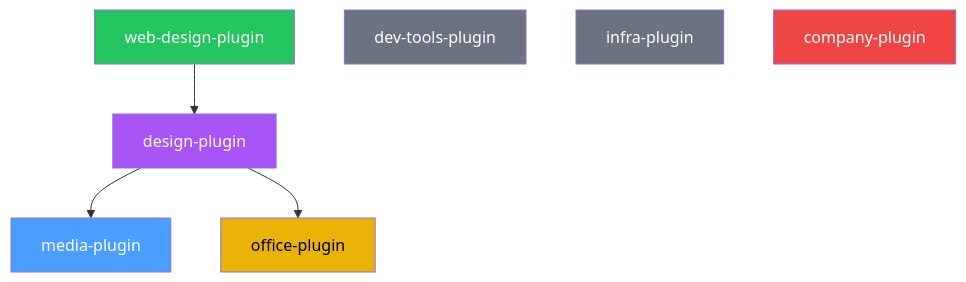
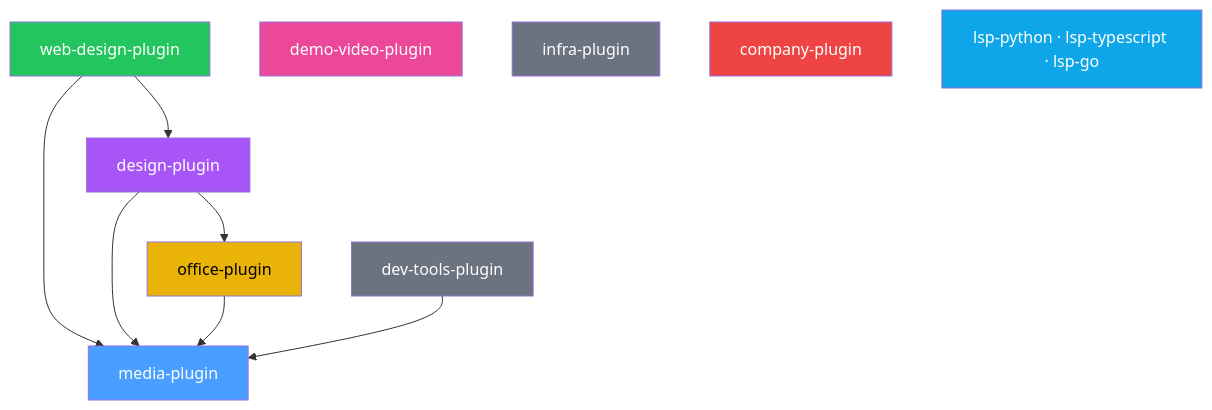
One commit to lukaskellerstein/claude-my-marketplace changed the diagram in README.md. Above: the diagram before and after it, drawn with Mermaid. The commit also changed other lines of this file, not shown here.

First line of the commit message:
Refresh README for 11 plugins and LSP opt-in usage (#3)

````diff
--- a/README.md
+++ b/README.md
@@ -69,17 +115,23 @@
 ```mermaid
 graph TD
     webdesign[web-design-plugin] --> design[design-plugin]
-    design --> media[media-plugin]
+    webdesign --> media[media-plugin]
+    design --> media
     design --> office[office-plugin]
-    dev[dev-tools-plugin]
+    office --> media
+    dev[dev-tools-plugin] --> media
+    demo[demo-video-plugin]
     infra[infra-plugin]
     company[company-plugin]
+    lsp["lsp-python · lsp-typescript · lsp-go"]
 
     style media fill:#4a9eff,color:#fff
     style design fill:#a855f7,color:#fff
     style webdesign fill:#22c55e,color:#fff
     style office fill:#eab308,color:#000
+    style demo fill:#ec4899,color:#fff
     style dev fill:#6b7280,color:#fff
     style infra fill:#6b7280,color:#fff
     style company fill:#ef4444,color:#fff
+    style lsp fill:#0ea5e9,color:#fff
 ```
````
